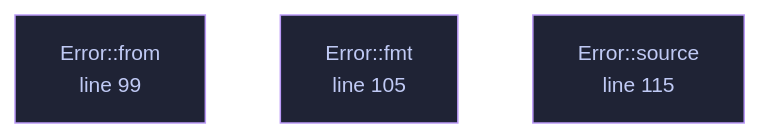
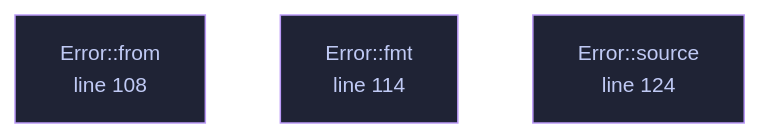
Before and after one commit to tilas01/veilvoice: the diagram in wiki/File-veilvoice-policy-lib.md, drawn with Mermaid. The commit also changed other lines of this file and 182 other files, not shown here.

````diff
--- a/wiki/File-veilvoice-policy-lib.md
+++ b/wiki/File-veilvoice-policy-lib.md
@@ -89,14 +99,14 @@
 ```mermaid
 %%{init: {"theme":"base","themeVariables":{"background":"#1a1b26","primaryColor":"#1f2335","primaryTextColor":"#c0caf5","primaryBorderColor":"#7aa2f7","secondaryColor":"#16161e","tertiaryColor":"#16161e","lineColor":"#737aa2","textColor":"#c0caf5","mainBkg":"#1f2335","nodeBorder":"#7aa2f7","clusterBkg":"#16161e","clusterBorder":"#2f3549","fontFamily":"ui-monospace, SFMono-Regular, Consolas, monospace","fontSize":"14px"}}}%%
 flowchart TD
-    n_from["Error::from<br/>line 93"]
-    n_from["Error::from<br/>line 99"]
-    n_fmt["Error::fmt<br/>line 105"]
-    n_source["Error::source<br/>line 115"]
-    click n_from href "https://github.com/tilas01/veilvoice/blob/main/crates/veilvoice-policy/src/lib.rs#L93" "open the source"
-    click n_from href "https://github.com/tilas01/veilvoice/blob/main/crates/veilvoice-policy/src/lib.rs#L99" "open the source"
-    click n_fmt href "https://github.com/tilas01/veilvoice/blob/main/crates/veilvoice-policy/src/lib.rs#L105" "open the source"
-    click n_source href "https://github.com/tilas01/veilvoice/blob/main/crates/veilvoice-policy/src/lib.rs#L115" "open the source"
+    n_from["Error::from<br/>line 102"]
+    n_from["Error::from<br/>line 108"]
+    n_fmt["Error::fmt<br/>line 114"]
+    n_source["Error::source<br/>line 124"]
+    click n_from href "https://github.com/tilas01/veilvoice/blob/main/crates/veilvoice-policy/src/lib.rs#L102" "open the source"
+    click n_from href "https://github.com/tilas01/veilvoice/blob/main/crates/veilvoice-policy/src/lib.rs#L108" "open the source"
+    click n_fmt href "https://github.com/tilas01/veilvoice/blob/main/crates/veilvoice-policy/src/lib.rs#L114" "open the source"
+    click n_source href "https://github.com/tilas01/veilvoice/blob/main/crates/veilvoice-policy/src/lib.rs#L124" "open the source"
     classDef helper fill:#1f2335,stroke:#bb9af7,color:#c0caf5
     class n_from,n_from,n_fmt,n_source helper
 ```
````
